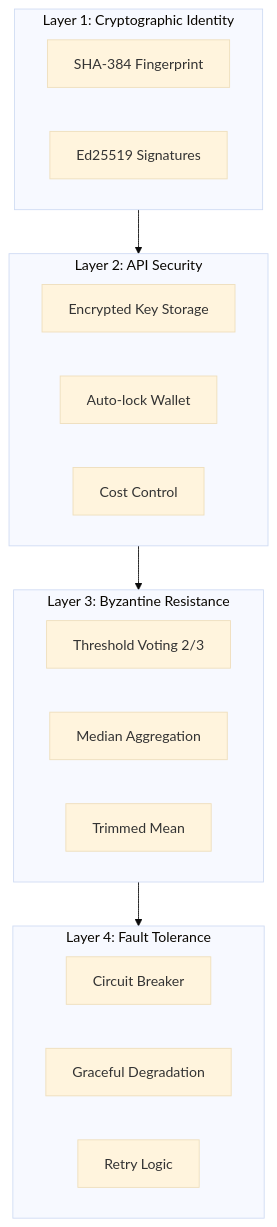
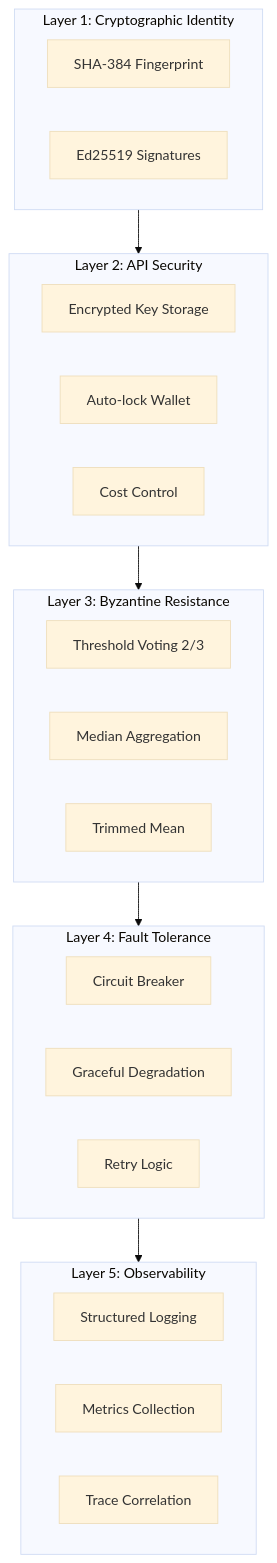
One commit to Replicant-Partners/Chrysalis changed the seventh of 7 diagrams in ARCHITECTURE.md. Above: the diagram before and after it, drawn with Mermaid (base theme). The commit also changed other lines of this file and 424 other files, not shown here.

Commit message:
Update architecture and remove Custom-Modes-Roo-Code submodule

````diff
--- a/ARCHITECTURE.md
+++ b/ARCHITECTURE.md
@@ -540,27 +554,33 @@
 ```mermaid
 flowchart TB
     subgraph Layer1["Layer 1: Cryptographic Identity"]
         L1A[SHA-384 Fingerprint]
         L1B[Ed25519 Signatures]
     end
 
     subgraph Layer2["Layer 2: API Security"]
         L2A[Encrypted Key Storage]
         L2B[Auto-lock Wallet]
         L2C[Cost Control]
     end
 
     subgraph Layer3["Layer 3: Byzantine Resistance"]
         L3A[Threshold Voting 2/3]
         L3B[Median Aggregation]
         L3C[Trimmed Mean]
     end
 
     subgraph Layer4["Layer 4: Fault Tolerance"]
         L4A[Circuit Breaker]
         L4B[Graceful Degradation]
         L4C[Retry Logic]
     end
 
-    Layer1 --> Layer2 --> Layer3 --> Layer4
+    subgraph Layer5["Layer 5: Observability"]
+        L5A[Structured Logging]
+        L5B[Metrics Collection]
+        L5C[Trace Correlation]
+    end
+
+    Layer1 --> Layer2 --> Layer3 --> Layer4 --> Layer5
 ```
````
